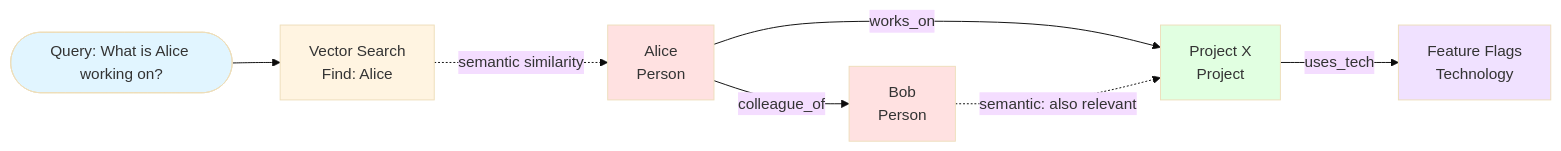
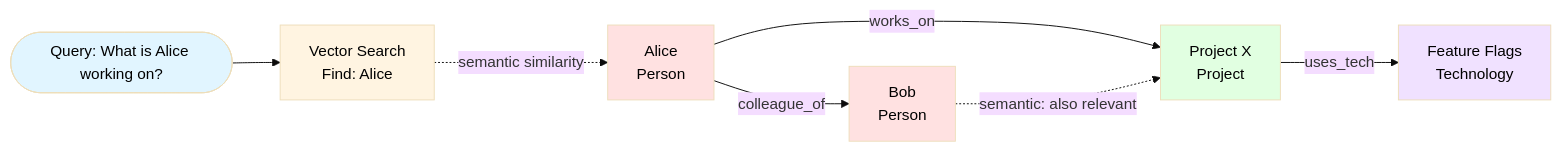
The second of 2 diagrams in README.md (tobs-code/cozo-memory), drawn with Mermaid (base theme) before and after one commit. The commit also changed other lines of this file and 1 other file, not shown here.

Commit message:
docs: improve Mermaid diagram readability with black text

````diff
--- a/README.md
+++ b/README.md
@@ -232,23 +232,23 @@
 ```mermaid
 graph LR
     Start([Query: What is Alice working on?])
     V1[Vector Search<br/>Find: Alice]
     E1[Alice<br/>Person]
     E2[Project X<br/>Project]
     E3[Feature Flags<br/>Technology]
     E4[Bob<br/>Person]
     
     Start --> V1
     V1 -.semantic similarity.-> E1
     E1 -->|works_on| E2
     E2 -->|uses_tech| E3
     E1 -->|colleague_of| E4
     E4 -.semantic: also relevant.-> E2
     
-    style Start fill:#e1f5ff
-    style V1 fill:#fff4e1
-    style E1 fill:#ffe1e1
-    style E2 fill:#e1ffe1
-    style E3 fill:#f0e1ff
-    style E4 fill:#ffe1e1
+    style Start fill:#e1f5ff,color:#000
+    style V1 fill:#fff4e1,color:#000
+    style E1 fill:#ffe1e1,color:#000
+    style E2 fill:#e1ffe1,color:#000
+    style E3 fill:#f0e1ff,color:#000
+    style E4 fill:#ffe1e1,color:#000
 ```
````
